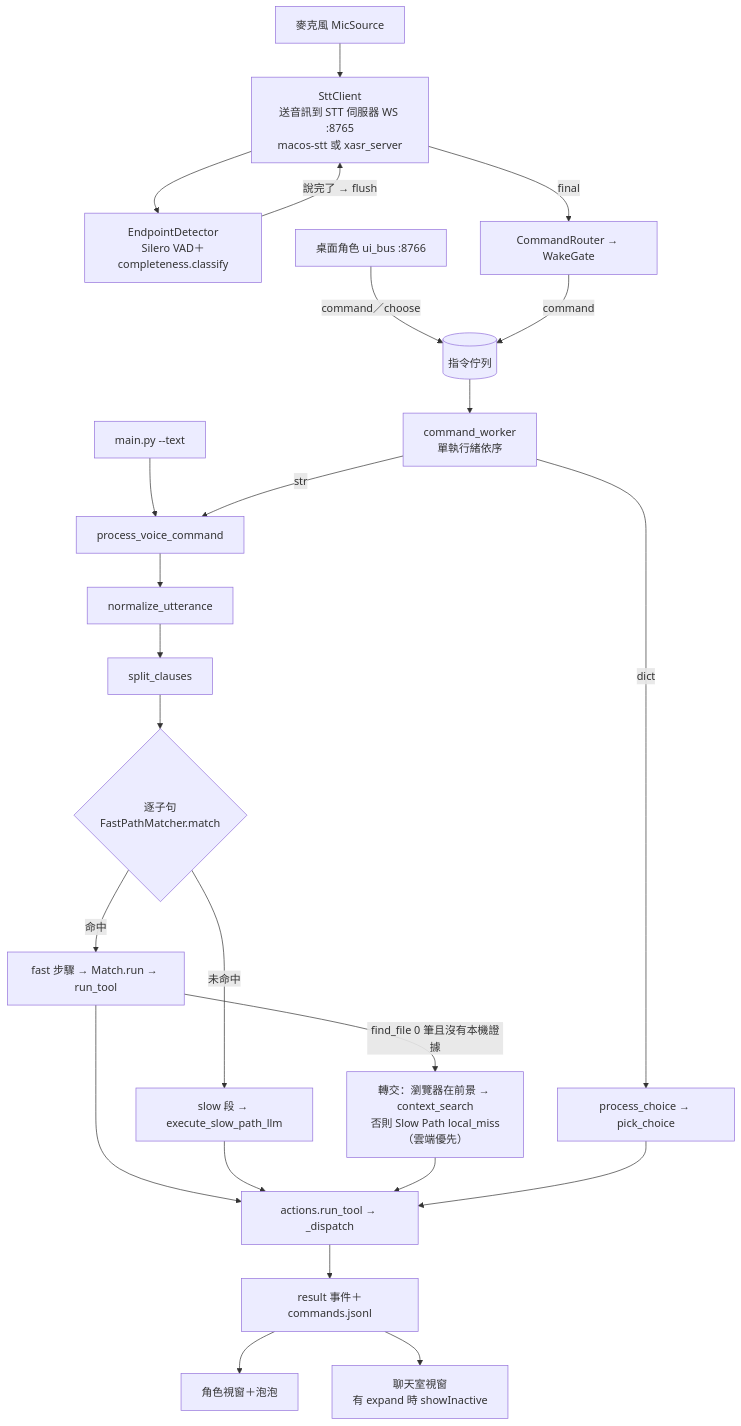
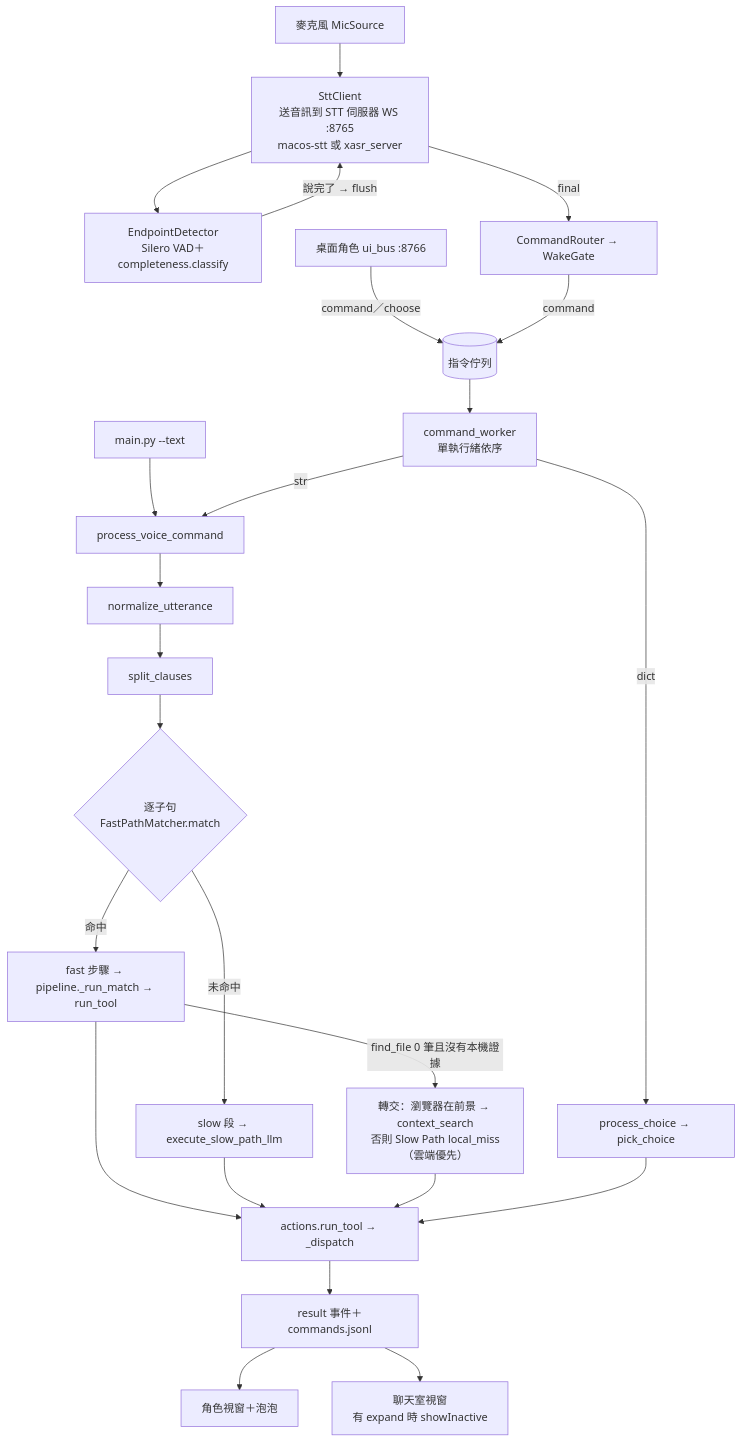
Before and after one commit to young878787/mac_ai_control: the first of 5 diagrams in docs/flows/main-flow.md, drawn with Mermaid. The commit also changed other lines of this file and 21 other files, not shown here.

Commit message:
refactor: fast_path 只比對不執行（對應表移到 router.action_plan、由 pipeline 執行）、router 套件用到才 import，依賴收斂計畫結案並新增 ADR 0029（依賴收斂 P2）

````diff
--- a/docs/flows/main-flow.md
+++ b/docs/flows/main-flow.md
@@ -5,24 +5,24 @@
 ```mermaid
 flowchart TD
     Mic["麥克風 MicSource"] --> Stt["SttClient<br/>送音訊到 STT 伺服器 WS :8765<br/>macos-stt 或 xasr_server"]
     Stt --> Endpoint["EndpointDetector<br/>Silero VAD＋completeness.classify"]
     Endpoint -- "說完了 → flush" --> Stt
     Stt -- "final" --> Router["CommandRouter → WakeGate"]
     DesktopUi["桌面角色 ui_bus :8766"] -- "command／choose" --> Queue
     Router -- "command" --> Queue[("指令佇列")]
     Cli["main.py --text"] --> ProcessVoice
     Queue --> Worker["command_worker<br/>單執行緒依序"]
     Worker -- "str" --> ProcessVoice["process_voice_command"]
     Worker -- "dict" --> Choice["process_choice → pick_choice"]
     ProcessVoice --> Norm["normalize_utterance"] --> Split["split_clauses"] --> Match{"逐子句<br/>FastPathMatcher.match"}
-    Match -- "命中" --> Fast["fast 步驟 → Match.run → run_tool"]
+    Match -- "命中" --> Fast["fast 步驟 → pipeline._run_match → run_tool"]
     Match -- "未命中" --> Slow["slow 段 → execute_slow_path_llm"]
     Fast -- "find_file 0 筆且沒有本機證據" --> Escalate["轉交：瀏覽器在前景 → context_search<br/>否則 Slow Path local_miss（雲端優先）"]
     Fast --> Run["actions.run_tool → _dispatch"]
     Slow --> Run
     Escalate --> Run
     Choice --> Run
     Run --> Result["result 事件＋commands.jsonl"]
     Result --> Role["角色視窗＋泡泡"]
     Result --> Chat["聊天室視窗<br/>有 expand 時 showInactive"]
 ```
````
